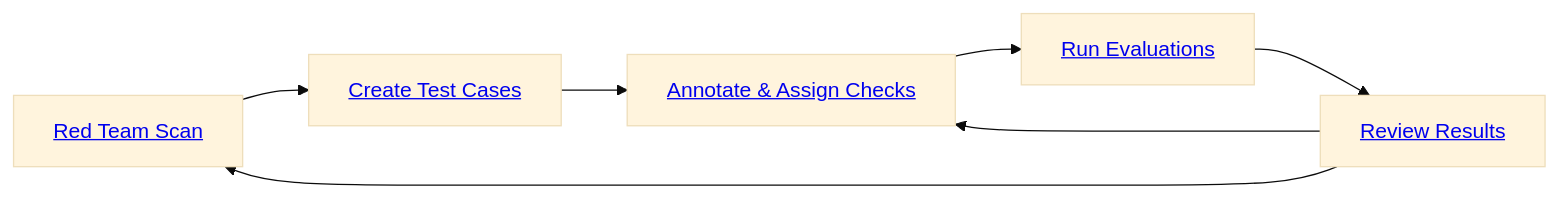
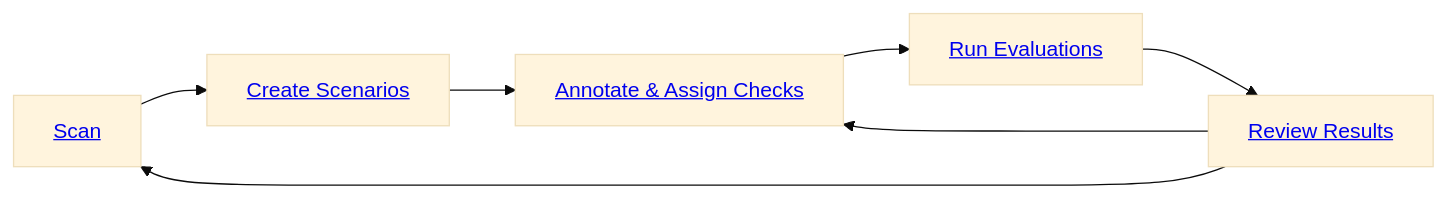
The diagram in src/content/docs/hub/ui/index.mdx (Giskard-AI/giskard-docs), drawn with Mermaid (base theme) before and after one commit. The commit also changed other lines of this file and 1 other file, not shown here.

````diff
--- a/src/content/docs/hub/ui/index.mdx
+++ b/src/content/docs/hub/ui/index.mdx
@@ -55,9 +55,9 @@
 ```mermaid
 graph LR
-    B[<a href="/hub/ui/scan" target="_self">Red Team Scan</a>] -->  D[<a href="/hub/ui/datasets" target="_self">Create Test Cases</a>]
+    B[<a href="/hub/ui/scan" target="_self">Scan</a>] -->  D[<a href="/hub/ui/datasets" target="_self">Create Scenarios</a>]
     D --> F[<a href="/hub/ui/annotate" target="_self">Annotate & Assign Checks</a>]
     F --> G[<a href="/hub/ui/evaluations" target="_self">Run Evaluations</a>]
     G --> H[<a href="/hub/ui/evaluations" target="_self">Review Results</a>]
     H --> F
     H --> B
 ```
````
